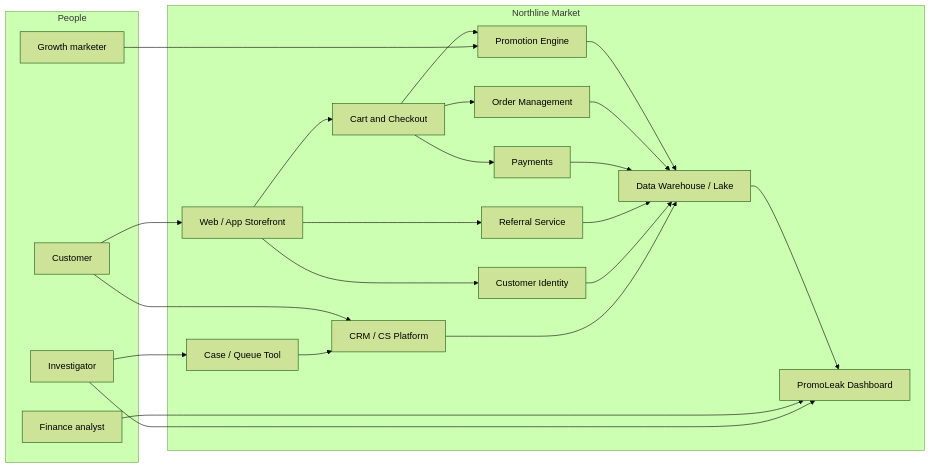
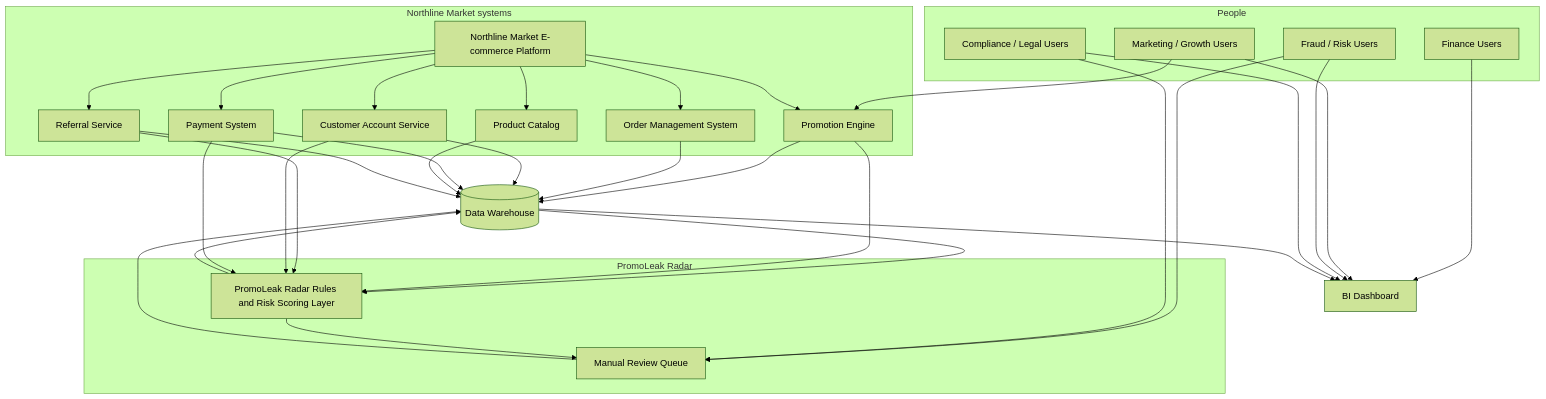
One commit to sreyalingala/promoleak-radar-business-analysis changed the diagram in 08-solution-design/system-context-diagram.md. Above: the diagram before and after it, drawn with Mermaid (forest theme). The commit also changed other lines of this file and 3 other files, not shown here.

````diff
--- a/08-solution-design/system-context-diagram.md
+++ b/08-solution-design/system-context-diagram.md
@@ -5,45 +12,61 @@
 ```mermaid
-flowchart LR
-  subgraph actors [People]
-    Cust[Customer]
-    Inv[Investigator]
-    Fin[Finance analyst]
-    Gro[Growth marketer]
+flowchart TB
+  subgraph people["People"]
+    financeUsers[Finance Users]
+    marketingUsers[Marketing / Growth Users]
+    fraudUsers[Fraud / Risk Users]
+    complianceUsers[Compliance / Legal Users]
   end
 
-  subgraph northline [Northline Market]
-    Web[Web / App Storefront]
-    Cart[Cart and Checkout]
-    Promo[Promotion Engine]
-    Pay[Payments]
-    OMS[Order Management]
-    Ref[Referral Service]
-    IdP[Customer Identity]
-    CRM[CRM / CS Platform]
-    DW[Data Warehouse / Lake]
-    Dash[PromoLeak Dashboard]
-    Case[Case / Queue Tool]
+  subgraph northline["Northline Market systems"]
+    ecommerce[Northline Market E-commerce Platform]
+    promoEngine[Promotion Engine]
+    oms[Order Management System]
+    accounts[Customer Account Service]
+    payments[Payment System]
+    catalog[Product Catalog]
+    referrals[Referral Service]
   end
 
-  Cust --> Web --> Cart
-  Cart --> Promo
-  Cart --> Pay
-  Cart --> OMS
-  Web --> Ref
-  Web --> IdP
-  Cust --> CRM
+  subgraph promoleak["PromoLeak Radar"]
+    rulesLayer[PromoLeak Radar Rules and Risk Scoring Layer]
+    reviewQueue[Manual Review Queue]
+  end
 
-  Promo --> DW
-  OMS --> DW
-  Pay --> DW
-  Ref --> DW
-  IdP --> DW
-  CRM --> DW
+  warehouse[(Data Warehouse)]
+  biDashboard[BI Dashboard]
 
-  DW --> Dash
-  Fin --> Dash
-  Inv --> Dash
-  Inv --> Case
-  Case --> CRM
-  Gro --> Promo
+  financeUsers --> biDashboard
+  marketingUsers --> promoEngine
+  marketingUsers --> biDashboard
+  fraudUsers --> reviewQueue
+  fraudUsers --> biDashboard
+  complianceUsers --> reviewQueue
+  complianceUsers --> biDashboard
+
+  ecommerce --> promoEngine
+  ecommerce --> oms
+  ecommerce --> accounts
+  ecommerce --> payments
+  ecommerce --> referrals
+  ecommerce --> catalog
+
+  promoEngine --> warehouse
+  oms --> warehouse
+  accounts --> warehouse
+  payments --> warehouse
+  catalog --> warehouse
+  referrals --> warehouse
+
+  warehouse --> rulesLayer
+  promoEngine --> rulesLayer
+  referrals --> rulesLayer
+  accounts --> rulesLayer
+  payments --> rulesLayer
+
+  rulesLayer --> reviewQueue
+  rulesLayer --> warehouse
+  reviewQueue --> warehouse
+
+  warehouse --> biDashboard
 ```
````
